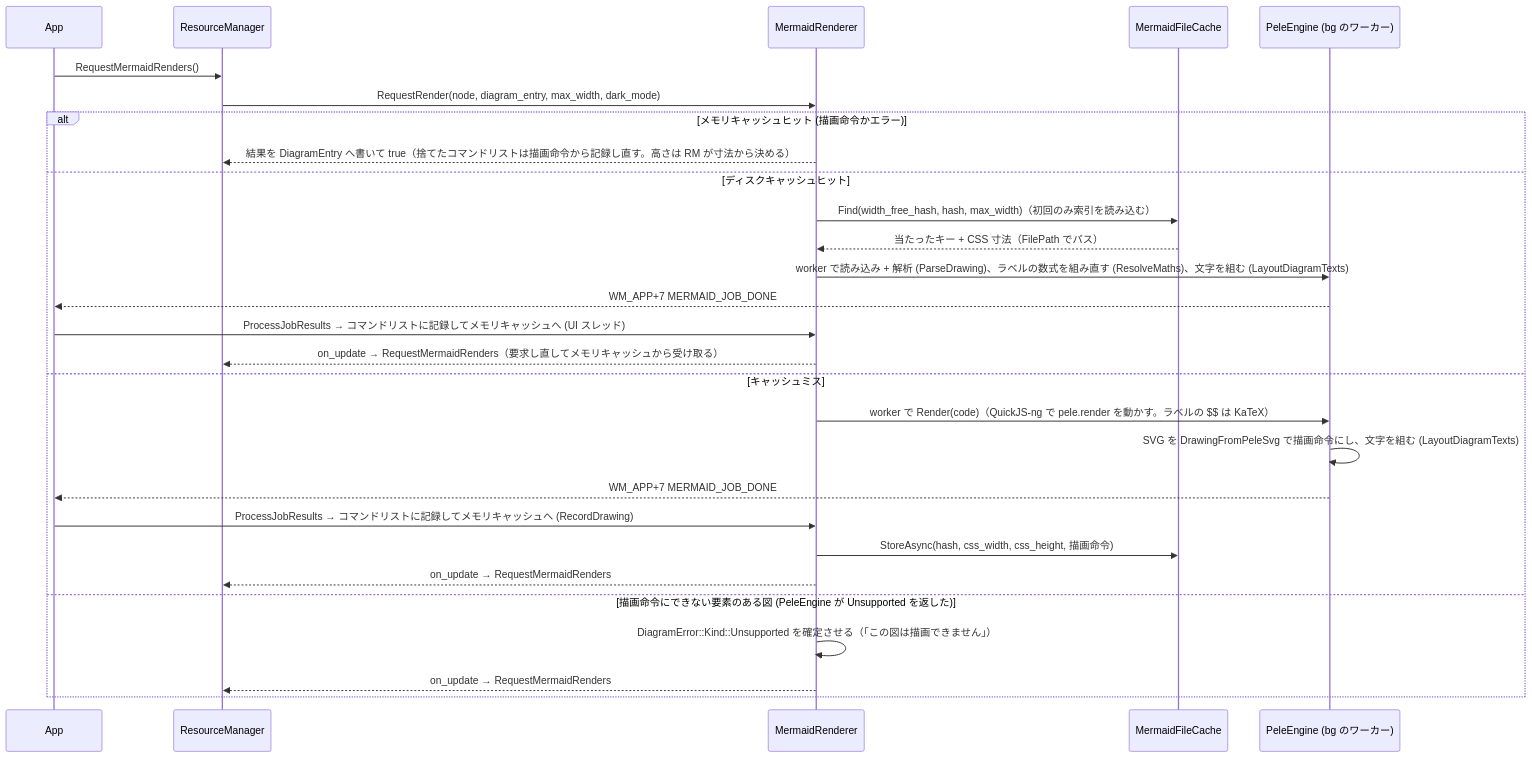
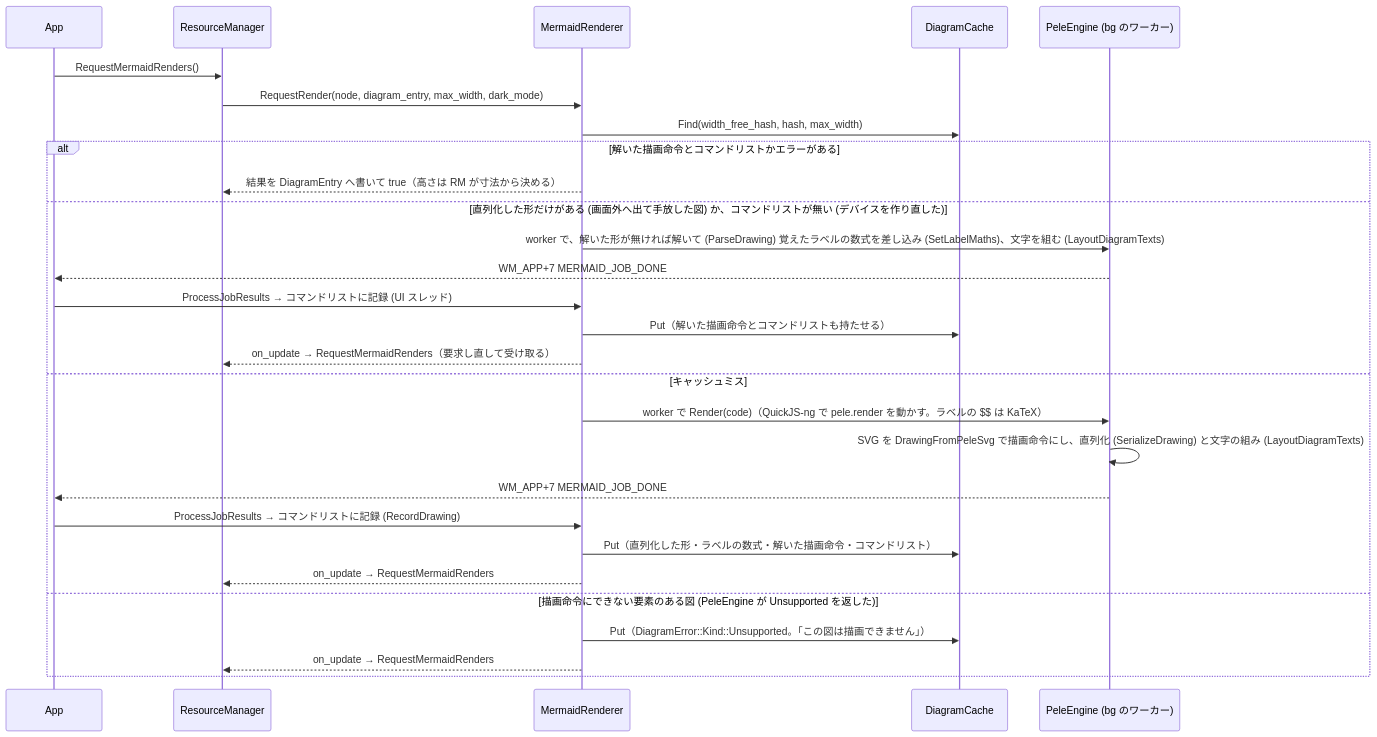
One commit to tanaton/mendo changed diagram 11 of 58 in example/test.md. Above: the diagram before and after it, drawn with Mermaid. The commit also changed other lines of this file and 10 other files, not shown here.

First line of the commit message:
図の解いた形を持ち主の数で外し、test.md を今の実装に合わせる

````diff
--- a/example/test.md
+++ b/example/test.md
@@ -1638,31 +1637,31 @@
 ```mermaid
 sequenceDiagram
     participant APP as App
     participant RM as ResourceManager
     participant MR as MermaidRenderer
-    participant FC as MermaidFileCache
+    participant DC as DiagramCache
     participant PE as PeleEngine (bg のワーカー)
 
     APP->>RM: RequestMermaidRenders()
     RM->>MR: RequestRender(node, diagram_entry, max_width, dark_mode)
-    alt メモリキャッシュヒット (描画命令かエラー)
-        MR-->>RM: 結果を DiagramEntry へ書いて true（捨てたコマンドリストは描画命令から記録し直す。高さは RM が寸法から決める）
-    else ディスクキャッシュヒット
-        MR->>FC: Find(width_free_hash, hash, max_width)（初回のみ索引を読み込む）
-        FC-->>MR: 当たったキー + CSS 寸法（FilePath でパス）
-        MR->>PE: worker で読み込み + 解析 (ParseDrawing)、ラベルの数式を組み直す (ResolveMaths)、文字を組む (LayoutDiagramTexts)
+    MR->>DC: Find(width_free_hash, hash, max_width)
+    alt 解いた描画命令とコマンドリストかエラーがある
+        MR-->>RM: 結果を DiagramEntry へ書いて true（高さは RM が寸法から決める）
+    else 直列化した形だけがある (画面外へ出て手放した図) か、コマンドリストが無い (デバイスを作り直した)
+        MR->>PE: worker で、解いた形が無ければ解いて (ParseDrawing) 覚えたラベルの数式を差し込み (SetLabelMaths)、文字を組む (LayoutDiagramTexts)
         PE-->>APP: WM_APP+7 MERMAID_JOB_DONE
-        APP->>MR: ProcessJobResults → コマンドリストに記録してメモリキャッシュへ (UI スレッド)
-        MR-->>RM: on_update → RequestMermaidRenders（要求し直してメモリキャッシュから受け取る）
+        APP->>MR: ProcessJobResults → コマンドリストに記録 (UI スレッド)
+        MR->>DC: Put（解いた描画命令とコマンドリストも持たせる）
+        MR-->>RM: on_update → RequestMermaidRenders（要求し直して受け取る）
     else キャッシュミス
         MR->>PE: worker で Render(code)（QuickJS-ng で pele.render を動かす。ラベルの $$ は KaTeX）
-        PE->>PE: SVG を DrawingFromPeleSvg で描画命令にし、文字を組む (LayoutDiagramTexts)
+        PE->>PE: SVG を DrawingFromPeleSvg で描画命令にし、直列化 (SerializeDrawing) と文字の組み (LayoutDiagramTexts)
         PE-->>APP: WM_APP+7 MERMAID_JOB_DONE
-        APP->>MR: ProcessJobResults → コマンドリストに記録してメモリキャッシュへ (RecordDrawing)
-        MR->>FC: StoreAsync(hash, css_width, css_height, 描画命令)
+        APP->>MR: ProcessJobResults → コマンドリストに記録 (RecordDrawing)
+        MR->>DC: Put（直列化した形・ラベルの数式・解いた描画命令・コマンドリスト）
         MR-->>RM: on_update → RequestMermaidRenders
     else 描画命令にできない要素のある図 (PeleEngine が Unsupported を返した)
-        MR->>MR: DiagramError::Kind::Unsupported を確定させる（「この図は描画できません」）
+        MR->>DC: Put（DiagramError::Kind::Unsupported。「この図は描画できません」）
         MR-->>RM: on_update → RequestMermaidRenders
     end
 ```
````
